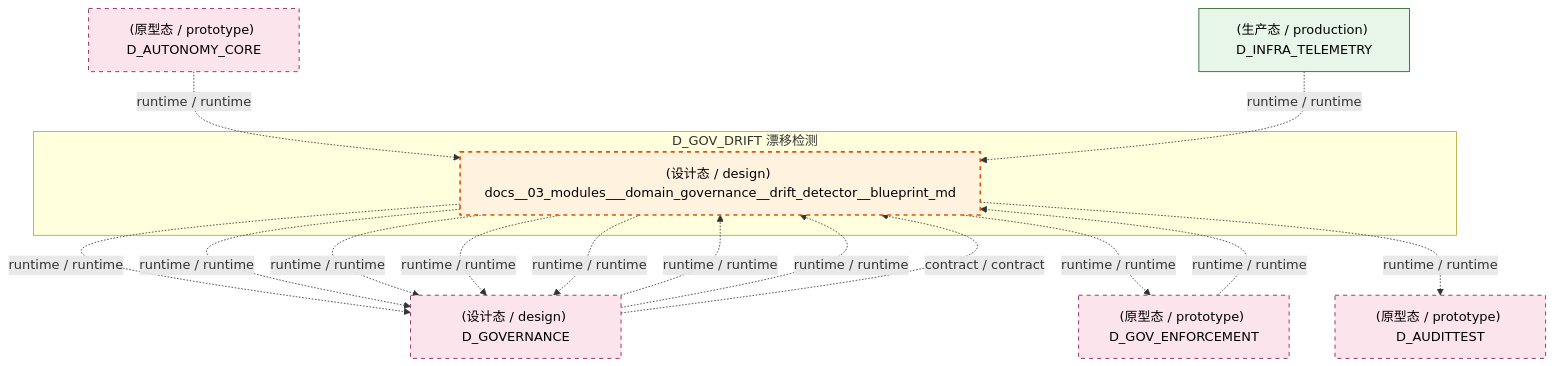
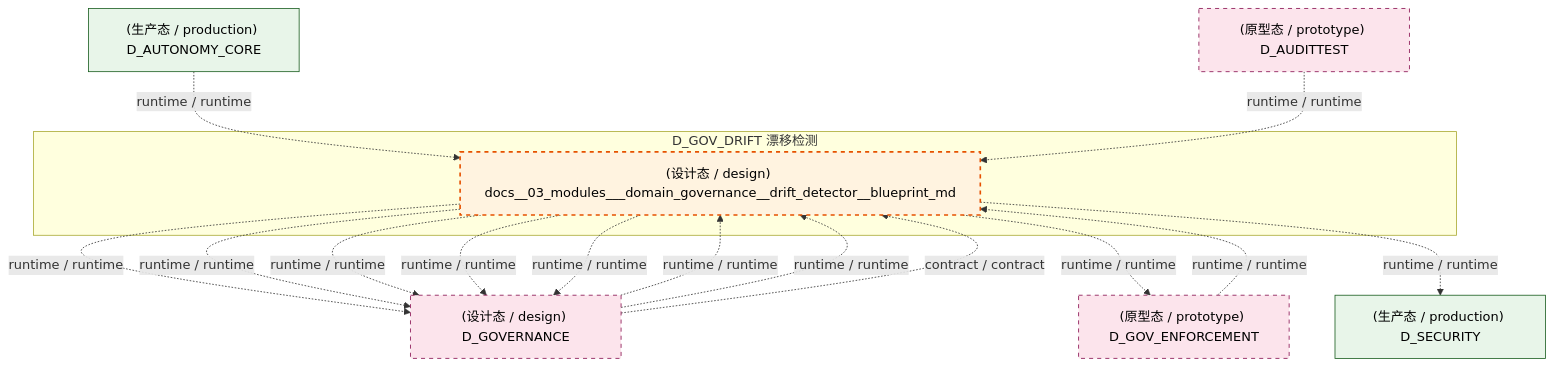
The second of 3 diagrams in docs/02_enterprise_architecture/02_domain_architecture_docs/34_d_gov_drift.md (xuanFelixVan/ZephyrAlpha), drawn with Mermaid before and after one commit. The commit also changed other lines of this file and 100 other files, not shown here.

````diff
--- a/docs/02_enterprise_architecture/02_domain_architecture_docs/34_d_gov_drift.md
+++ b/docs/02_enterprise_architecture/02_domain_architecture_docs/34_d_gov_drift.md
@@ -106,31 +106,31 @@
 ```mermaid
 graph TD
     subgraph D_GOV_DRIFT["D_GOV_DRIFT 漂移检测"]
         docs_03_modules_domain_governance_drift_detector_blueprint_md["(设计态 / design) docs__03_modules___domain_governance__drift_detector__blueprint_md"]
     end
     D_GOVERNANCE["(设计态 / design) D_GOVERNANCE"]
     docs_03_modules_domain_governance_drift_detector_blueprint_md -.->|runtime / runtime| D_GOVERNANCE
     docs_03_modules_domain_governance_drift_detector_blueprint_md -.->|runtime / runtime| D_GOVERNANCE
     D_GOV_ENFORCEMENT["(原型态 / prototype) D_GOV_ENFORCEMENT"]
     docs_03_modules_domain_governance_drift_detector_blueprint_md -.->|runtime / runtime| D_GOV_ENFORCEMENT
-    D_AUDITTEST["(原型态 / prototype) D_AUDITTEST"]
-    docs_03_modules_domain_governance_drift_detector_blueprint_md -.->|runtime / runtime| D_AUDITTEST
+    D_SECURITY["(生产态 / production) D_SECURITY"]
+    docs_03_modules_domain_governance_drift_detector_blueprint_md -.->|runtime / runtime| D_SECURITY
     docs_03_modules_domain_governance_drift_detector_blueprint_md -.->|runtime / runtime| D_GOVERNANCE
     docs_03_modules_domain_governance_drift_detector_blueprint_md -.->|runtime / runtime| D_GOVERNANCE
     docs_03_modules_domain_governance_drift_detector_blueprint_md -.->|runtime / runtime| D_GOVERNANCE
     D_GOV_ENFORCEMENT -.->|runtime / runtime| docs_03_modules_domain_governance_drift_detector_blueprint_md
     D_GOVERNANCE -.->|runtime / runtime| docs_03_modules_domain_governance_drift_detector_blueprint_md
     D_GOVERNANCE -.->|runtime / runtime| docs_03_modules_domain_governance_drift_detector_blueprint_md
     D_GOVERNANCE -.->|contract / contract| docs_03_modules_domain_governance_drift_detector_blueprint_md
-    D_AUTONOMY_CORE["(原型态 / prototype) D_AUTONOMY_CORE"]
+    D_AUTONOMY_CORE["(生产态 / production) D_AUTONOMY_CORE"]
     D_AUTONOMY_CORE -.->|runtime / runtime| docs_03_modules_domain_governance_drift_detector_blueprint_md
-    D_INFRA_TELEMETRY["(生产态 / production) D_INFRA_TELEMETRY"]
-    D_INFRA_TELEMETRY -.->|runtime / runtime| docs_03_modules_domain_governance_drift_detector_blueprint_md
+    D_AUDITTEST["(原型态 / prototype) D_AUDITTEST"]
+    D_AUDITTEST -.->|runtime / runtime| docs_03_modules_domain_governance_drift_detector_blueprint_md
     classDef production fill:#e1f5fe,stroke:#01579b,stroke-width:2px,color:#000
     classDef design fill:#fff3e0,stroke:#e65100,stroke-width:2px,color:#000,stroke-dasharray: 5 5
     classDef external_prod fill:#e8f5e9,stroke:#1b5e20,stroke-width:1px,color:#000
     classDef external_design fill:#fce4ec,stroke:#880e4f,stroke-width:1px,color:#000,stroke-dasharray: 5 5
     class docs_03_modules_domain_governance_drift_detector_blueprint_md design
-    class D_INFRA_TELEMETRY external_prod
-    class D_GOVERNANCE,D_GOV_ENFORCEMENT,D_AUDITTEST,D_AUTONOMY_CORE external_design
+    class D_SECURITY,D_AUTONOMY_CORE external_prod
+    class D_GOVERNANCE,D_GOV_ENFORCEMENT,D_AUDITTEST external_design
 ```
````
